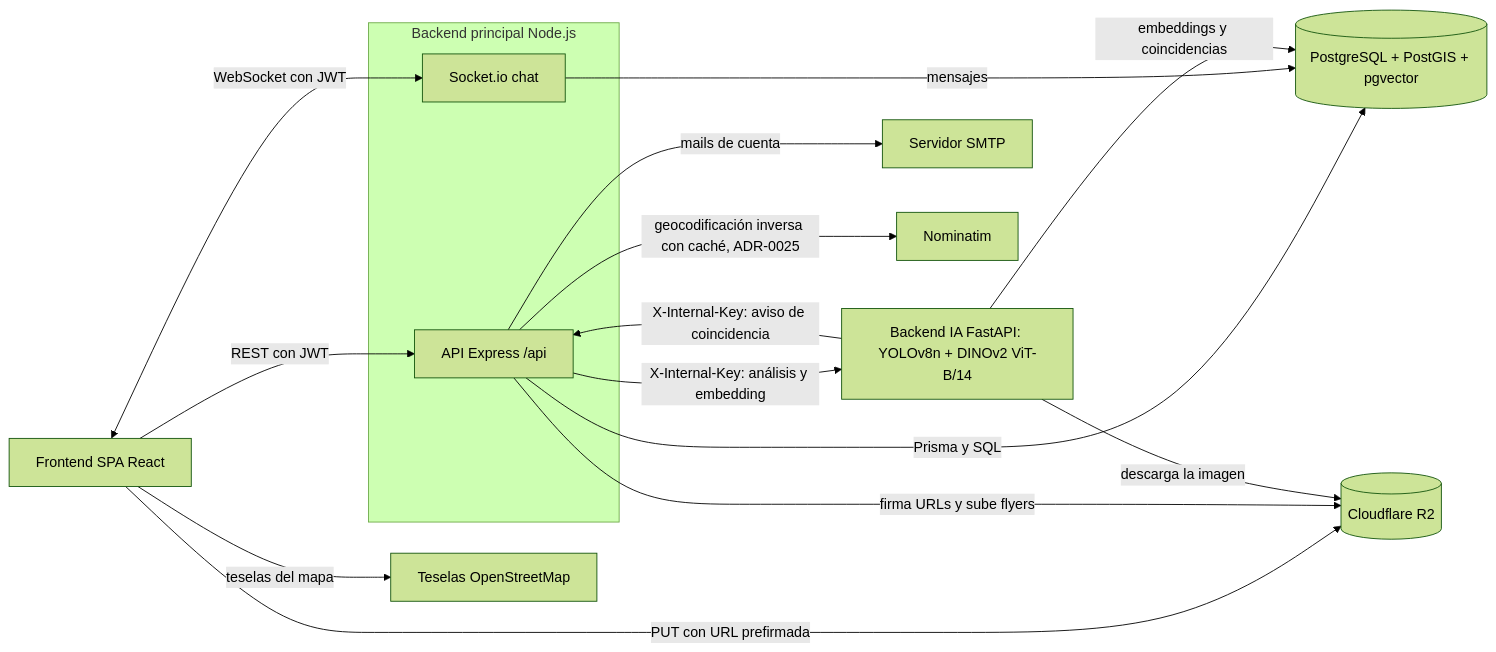
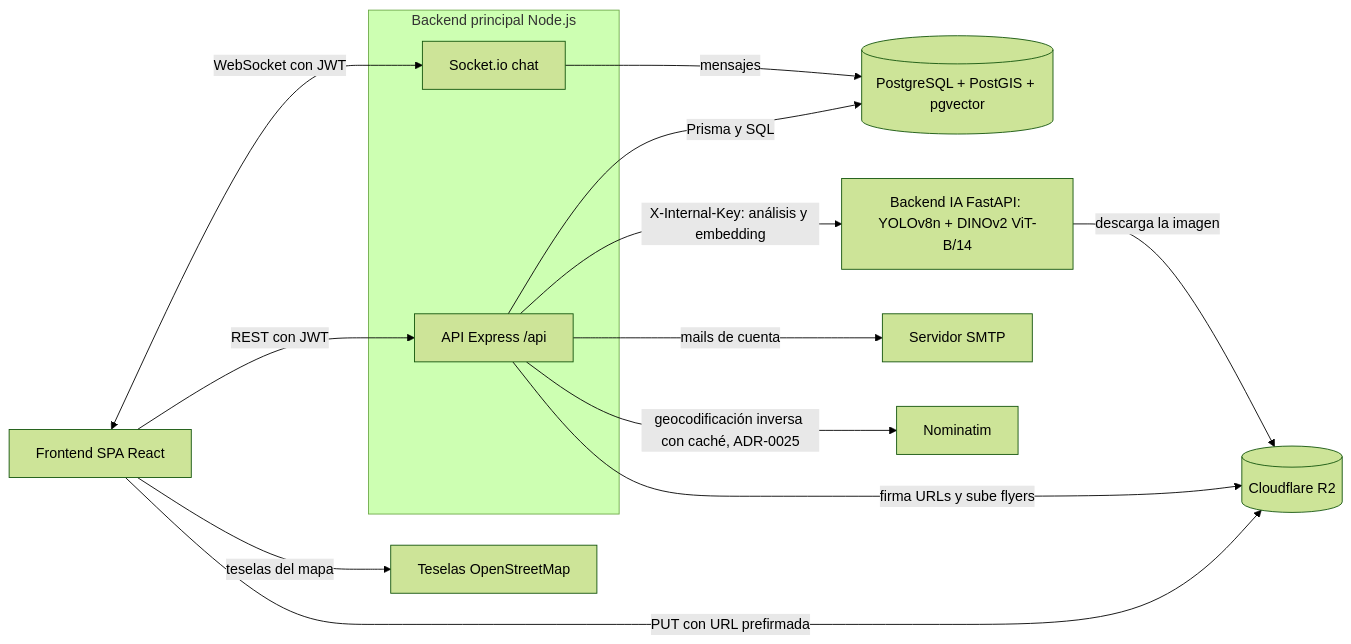
One commit to ISI-ProyectoFinal-2026/Grupo1 changed the first of 7 diagrams in docs/informe/1-2-2-2-historias-y-flujos.md. Above: the diagram before and after it, drawn with Mermaid (forest theme). The commit also changed other lines of this file and 10 other files, not shown here.

````diff
--- a/docs/informe/1-2-2-2-historias-y-flujos.md
+++ b/docs/informe/1-2-2-2-historias-y-flujos.md
@@ -23,27 +23,25 @@
 ```mermaid
 flowchart LR
   SPA["Frontend SPA React"]
   subgraph BP["Backend principal Node.js"]
     API["API Express /api"]
     SIO["Socket.io chat"]
   end
   DB[("PostgreSQL + PostGIS + pgvector")]
   R2[("Cloudflare R2")]
   IA["Backend IA FastAPI: YOLOv8n + DINOv2 ViT-B/14"]
   SMTP["Servidor SMTP"]
   NOM["Nominatim"]
   OSM["Teselas OpenStreetMap"]
   SPA -->|"REST con JWT"| API
   SPA <-->|"WebSocket con JWT"| SIO
   SPA -->|"PUT con URL prefirmada"| R2
   SPA -->|"teselas del mapa"| OSM
   API -->|"Prisma y SQL"| DB
   SIO -->|"mensajes"| DB
   API -->|"firma URLs y sube flyers"| R2
   API -->|"X-Internal-Key: análisis y embedding"| IA
   API -->|"mails de cuenta"| SMTP
   API -->|"geocodificación inversa con caché, ADR-0025"| NOM
   IA -->|"descarga la imagen"| R2
-  IA -->|"embeddings y coincidencias"| DB
-  IA -->|"X-Internal-Key: aviso de coincidencia"| API
 ```
````
